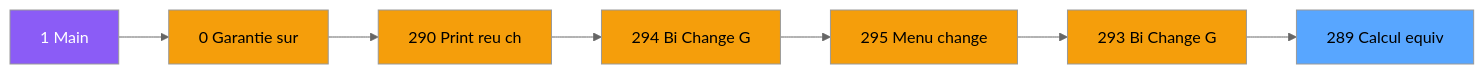
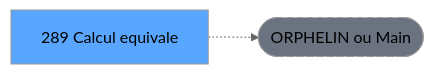
One commit to thonyAGP/lecteur-magic changed the second of 3 diagrams in .openspec/renders/ADH-IDE-289.md. Above: the diagram before and after it, drawn with Mermaid (neutral theme). The commit also changed other lines of this file and 701 other files, not shown here.

````diff
--- a/.openspec/renders/ADH-IDE-289.md
+++ b/.openspec/renders/ADH-IDE-289.md
@@ -112,23 +117,8 @@
 ```mermaid
 graph LR
-    M[1 Main]
-    N0[0 Garantie sur]
-    N290[290 Print reu ch]
-    N294[294 Bi  Change G]
-    N295[295 Menu change ]
-    N293[293 Bi  Change G]
-    T[289 Calcul equiv]
-    M --> N0
-    N0 --> N290
-    N290 --> N294
-    N294 --> N295
-    N295 --> N293
-    N293 --> T
-    style M fill:#8b5cf6,color:#fff
-    style N0 fill:#f59e0b
-    style N290 fill:#f59e0b
-    style N294 fill:#f59e0b
-    style N295 fill:#f59e0b
-    style N293 fill:#f59e0b
+    T[289 Calcul equivale]
+    ORPHAN([ORPHELIN ou Main])
+    T -.-> ORPHAN
     style T fill:#58a6ff,color:#000
+    style ORPHAN fill:#6b7280,stroke-dasharray: 5 5
 ```
````
